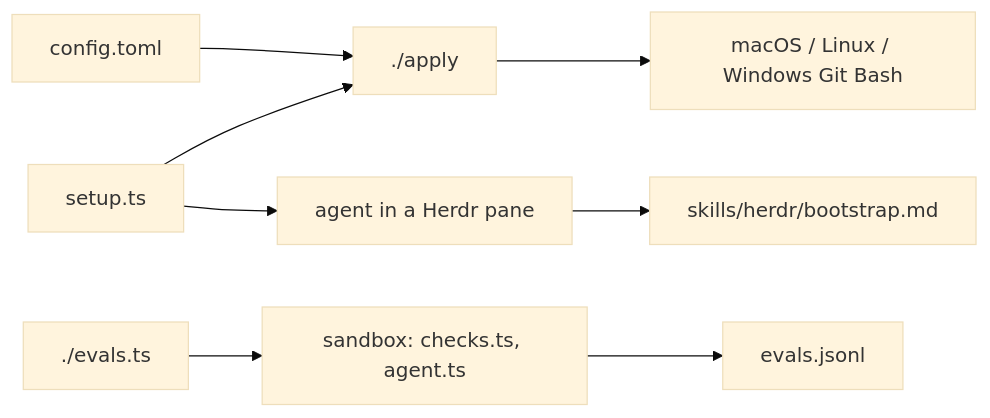
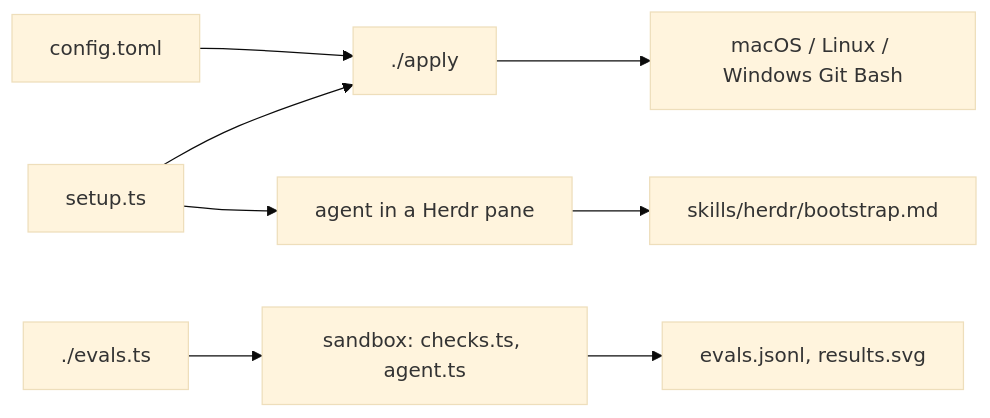
One commit to tyler-jewell/herdr changed the diagram in README.md. Above: the diagram before and after it, drawn with Mermaid (base theme). The commit also changed other lines of this file and 6 other files, not shown here.

Commit message:
Restructure evals system: add capabilities.json, metrics.json, render.ts; update types and checks

````diff
--- a/README.md
+++ b/README.md
@@ -17,8 +31,8 @@
 ```mermaid
 flowchart LR
   setup[setup.ts] --> apply[./apply]
   config[config.toml] --> apply
   apply --> machine[macOS / Linux / Windows Git Bash]
   setup --> agent[agent in a Herdr pane] --> bootstrap[skills/herdr/bootstrap.md]
-  evals[./evals.ts] --> sandbox[sandbox: checks.ts, agent.ts] --> results[evals.jsonl]
+  evals[./evals.ts] --> sandbox[sandbox: checks.ts, agent.ts] --> results[evals.jsonl, results.svg]
 ```
````
